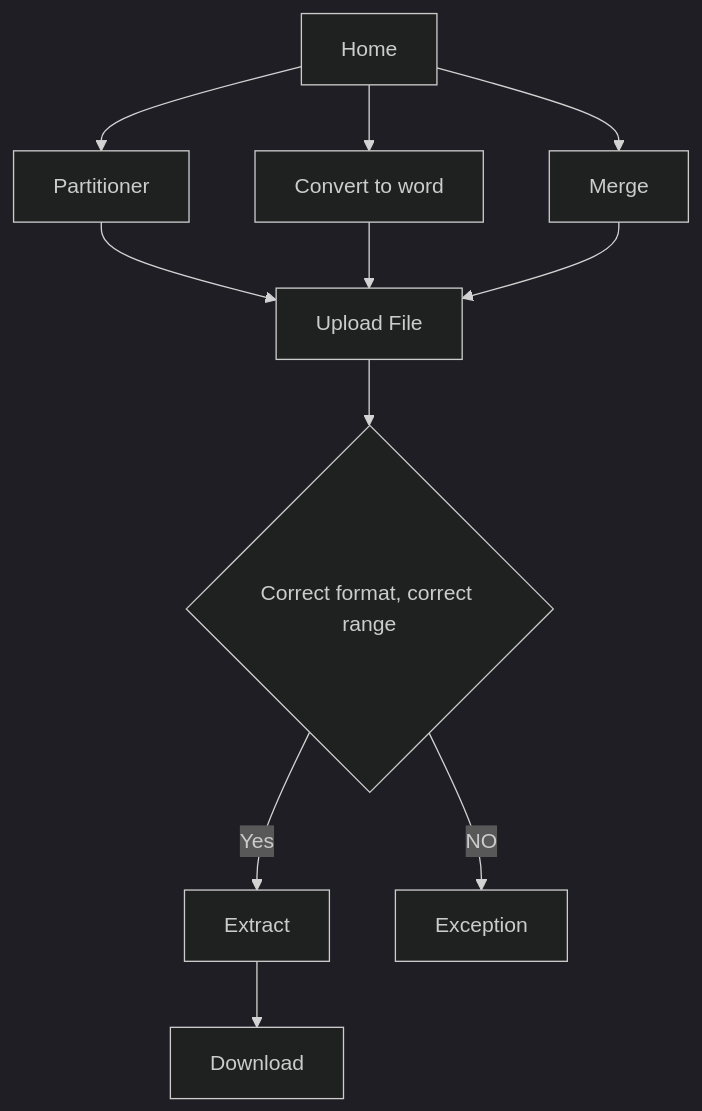
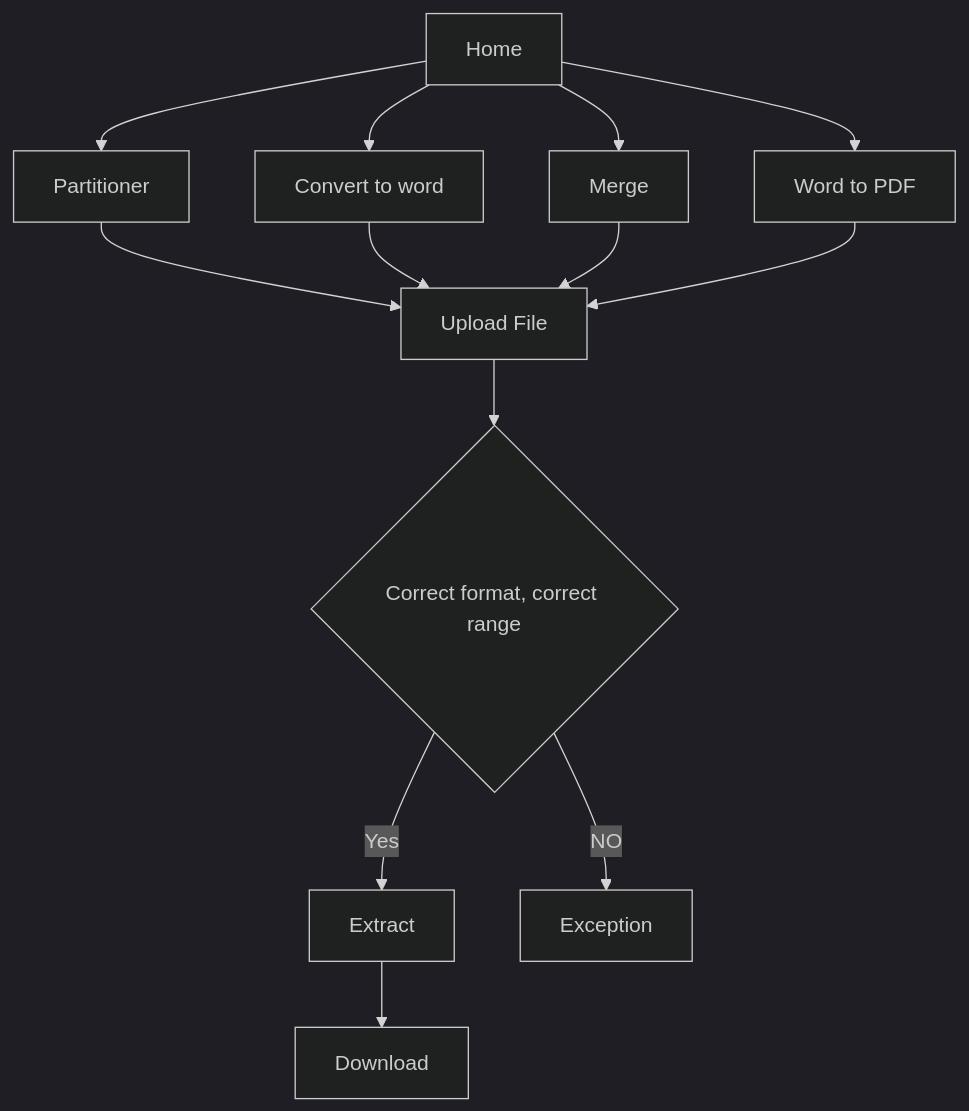
One commit to Bibhash7/PDF-Partitioner changed the diagram in README.md. Above: the diagram before and after it, drawn with Mermaid (dark theme). The commit also changed other lines of this file, not shown here.

````diff
--- a/README.md
+++ b/README.md
@@ -22,13 +23,15 @@
 ``` mermaid
 graph TD;
 A[Home]-->P[Partitioner];
 A-->W[Convert to word];
 A-->M[Merge];
+A-->WP[Word to PDF]
 P-->U[Upload File];
 U-->CON{Correct format, correct range}
 CON--Yes--> CVT[Extract]
 CVT-->DNLD[Download]
 CON--NO--> NCVT[Exception]
 W-->U
-M-->U    
+M-->U
+WP-->U    
 ```
````
